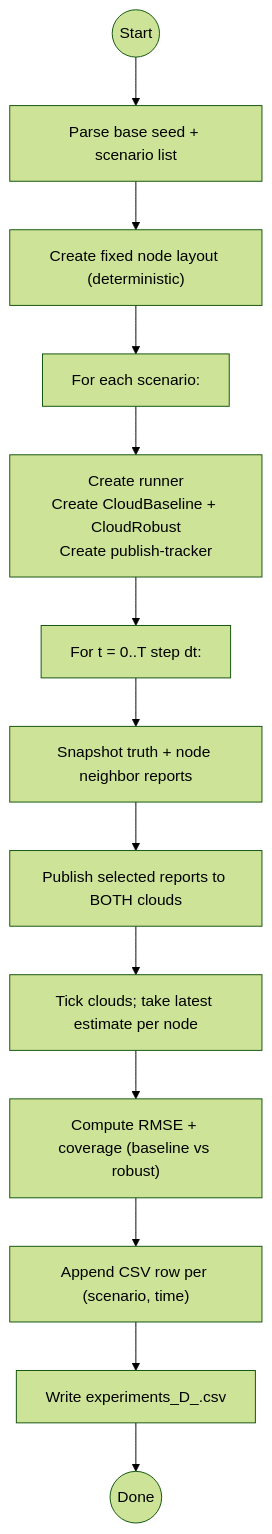
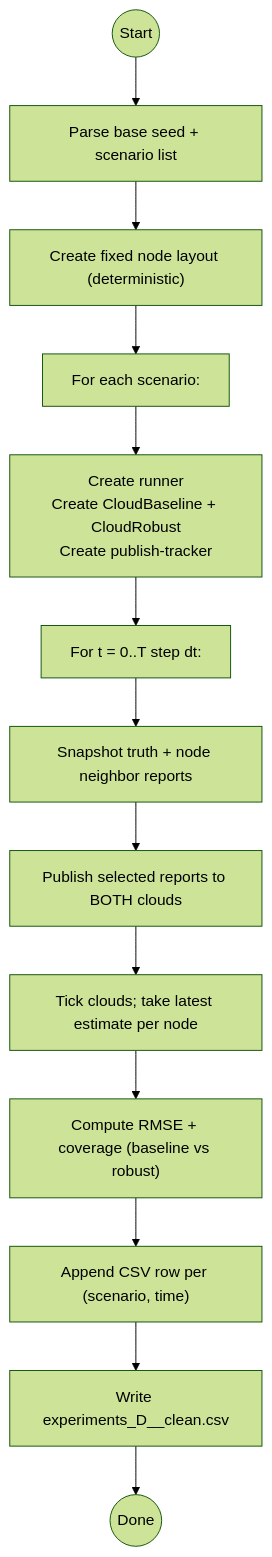
One commit to ChickenSalsahub/ICUM-SIM changed the fourth of 5 diagrams in src/experiments/README.md. Above: the diagram before and after it, drawn with Mermaid (forest theme). The commit also changed other lines of this file and 23 other files, not shown here.

````diff
--- a/src/experiments/README.md
+++ b/src/experiments/README.md
@@ -187,15 +212,15 @@
 ```mermaid
 flowchart TD
   D0(("Start")) --> D1["Parse base seed + scenario list"]
   D1 --> D2["Create fixed node layout (deterministic)"]
   D2 --> D3["For each scenario:"]
   D3 --> D4["Create runner\nCreate CloudBaseline + CloudRobust\nCreate publish-tracker"]
   D4 --> D5["For t = 0..T step dt:"]
   D5 --> D6["Snapshot truth + node neighbor reports"]
   D6 --> D7["Publish selected reports to BOTH clouds"]
   D7 --> D8["Tick clouds; take latest estimate per node"]
   D8 --> D9["Compute RMSE + coverage (baseline vs robust)"]
   D9 --> D10["Append CSV row per (scenario, time)"]
-  D10 --> D11["Write experiments_D_<scenario>.csv"]
+  D10 --> D11["Write experiments_D_<scenario>_clean.csv"]
   D11 --> D12(("Done"))
 ```
````
